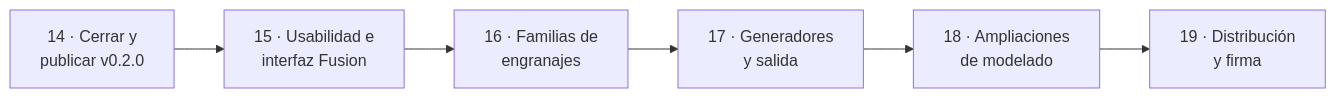
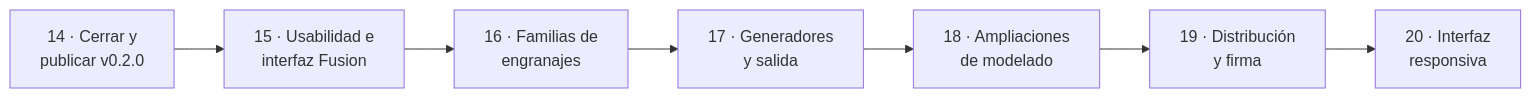
The first of 2 diagrams in docs/hoja-de-ruta.md (GeoNufio1404/NufioCAD), drawn with Mermaid before and after one commit. The commit also changed other lines of this file, not shown here.

Commit message:
Hoja de ruta: Fase 20, interfaz responsiva para cualquier pantalla de PC

````diff
--- a/docs/hoja-de-ruta.md
+++ b/docs/hoja-de-ruta.md
@@ -68,8 +68,9 @@
 ```mermaid
 flowchart LR
     F14["14 · Cerrar y<br/>publicar v0.2.0"] --> F15["15 · Usabilidad e<br/>interfaz Fusion"]
     F15 --> F16["16 · Familias de<br/>engranajes"]
     F16 --> F17["17 · Generadores<br/>y salida"]
     F17 --> F18["18 · Ampliaciones<br/>de modelado"]
     F18 --> F19["19 · Distribución<br/>y firma"]
+    F19 --> F20["20 · Interfaz<br/>responsiva"]
 ```
````
